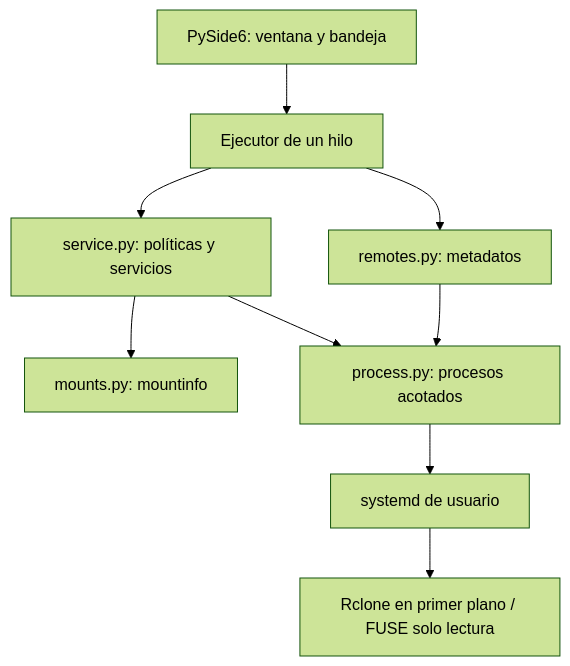
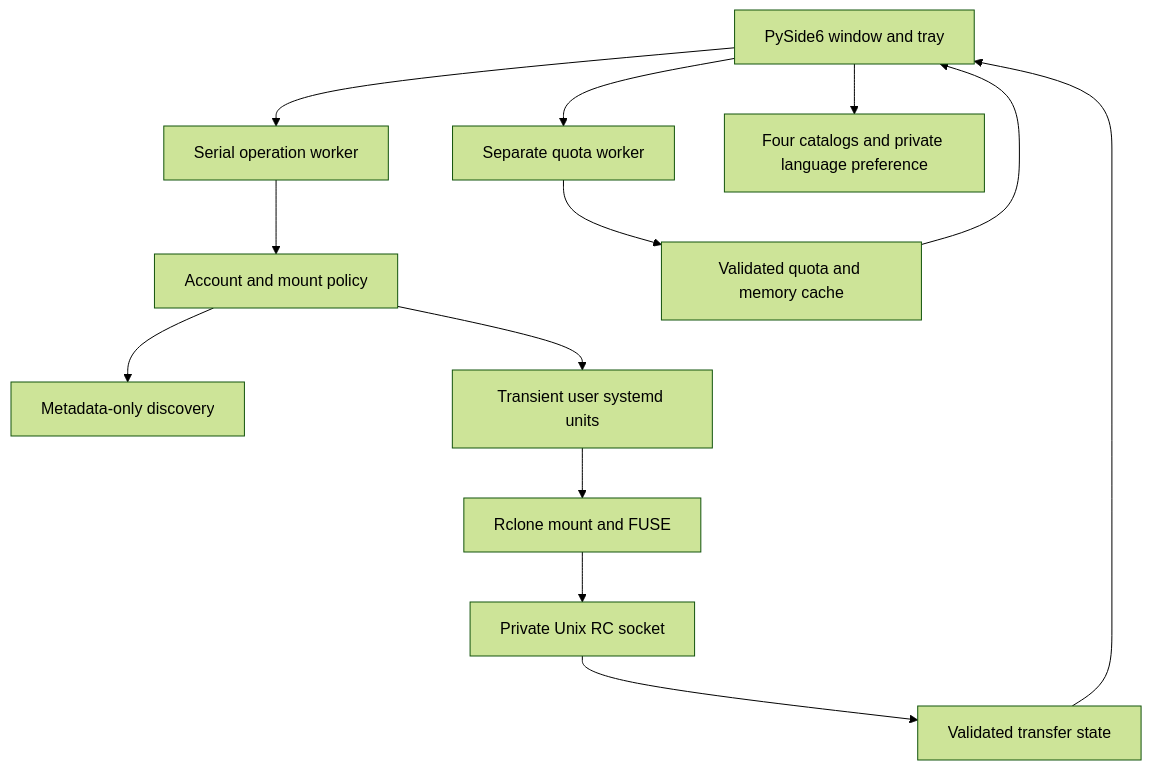
Before and after one commit to isoslinux/drivemanager: the diagram in docs/architecture.md, drawn with Mermaid (forest theme). The commit also changed other lines of this file and 21 other files, not shown here.

First line of the commit message:
Make project documentation English and add four live UI languages (1.14.0)

````diff
--- a/docs/architecture.md
+++ b/docs/architecture.md
@@ -5,11 +5,15 @@
 ```mermaid
 flowchart TD
-    UI[PySide6: ventana y bandeja] --> Worker[Ejecutor de un hilo]
-    Worker --> Discovery[remotes.py: metadatos]
-    Worker --> Manager[service.py: políticas y servicios]
-    Manager --> Mounts[mounts.py: mountinfo]
-    Manager --> Runner[process.py: procesos acotados]
-    Discovery --> Runner
-    Runner --> Systemd[systemd de usuario]
-    Systemd --> Rclone[Rclone en primer plano / FUSE solo lectura]
+    UI[PySide6 window and tray] --> Operations[Serial operation worker]
+    UI --> Quota[Separate quota worker]
+    Operations --> Manager[Account and mount policy]
+    Manager --> Discovery[Metadata-only discovery]
+    Manager --> Systemd[Transient user systemd units]
+    Systemd --> Rclone[Rclone mount and FUSE]
+    Rclone --> RC[Private Unix RC socket]
+    RC --> Transfers[Validated transfer state]
+    Transfers --> UI
+    Quota --> Capacity[Validated quota and memory cache]
+    Capacity --> UI
+    UI --> Languages[Four catalogs and private language preference]
 ```
````
